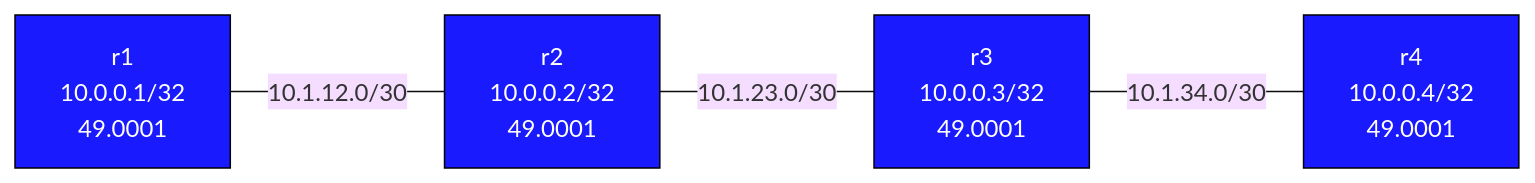
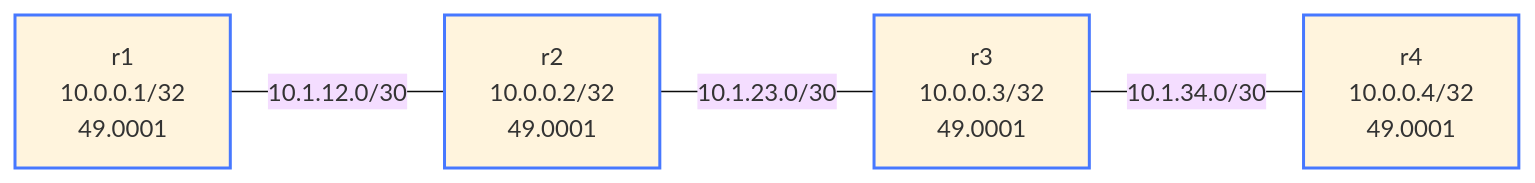
The diagram in labs/debug-isis-basics/README.md (jschless/networkingLabs), drawn with Mermaid (base theme) before and after one commit. The commit also changed 250 other files, not shown here.

Commit message:
Fix unreadable topology diagrams, convert ASCII art, publish assessments (#57)

````diff
--- a/labs/debug-isis-basics/README.md
+++ b/labs/debug-isis-basics/README.md
@@ -24,14 +24,14 @@
 ```mermaid
 flowchart LR
-    r1["r1\n10.0.0.1/32\n49.0001"]
-    r2["r2\n10.0.0.2/32\n49.0001"]
-    r3["r3\n10.0.0.3/32\n49.0001"]
-    r4["r4\n10.0.0.4/32\n49.0001"]
+    r1["r1<br/>10.0.0.1/32<br/>49.0001"]
+    r2["r2<br/>10.0.0.2/32<br/>49.0001"]
+    r3["r3<br/>10.0.0.3/32<br/>49.0001"]
+    r4["r4<br/>10.0.0.4/32<br/>49.0001"]
 
     r1 -- "10.1.12.0/30" --- r2
     r2 -- "10.1.23.0/30" --- r3
     r3 -- "10.1.34.0/30" --- r4
 
-    classDef router fill:#1a1aff,color:#fff,stroke:#000
+    classDef router stroke:#4778ff,stroke-width:2px
     class r1,r2,r3,r4 router
 ```
````
